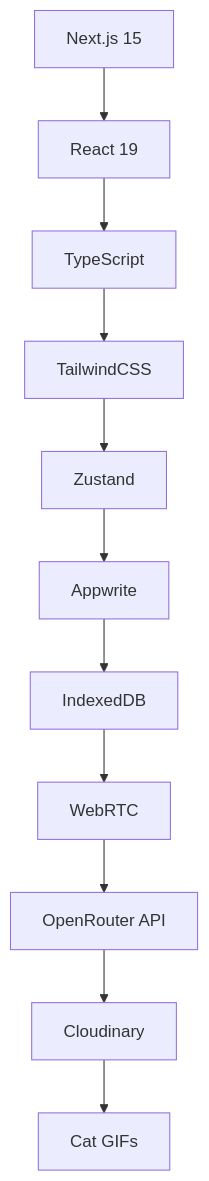
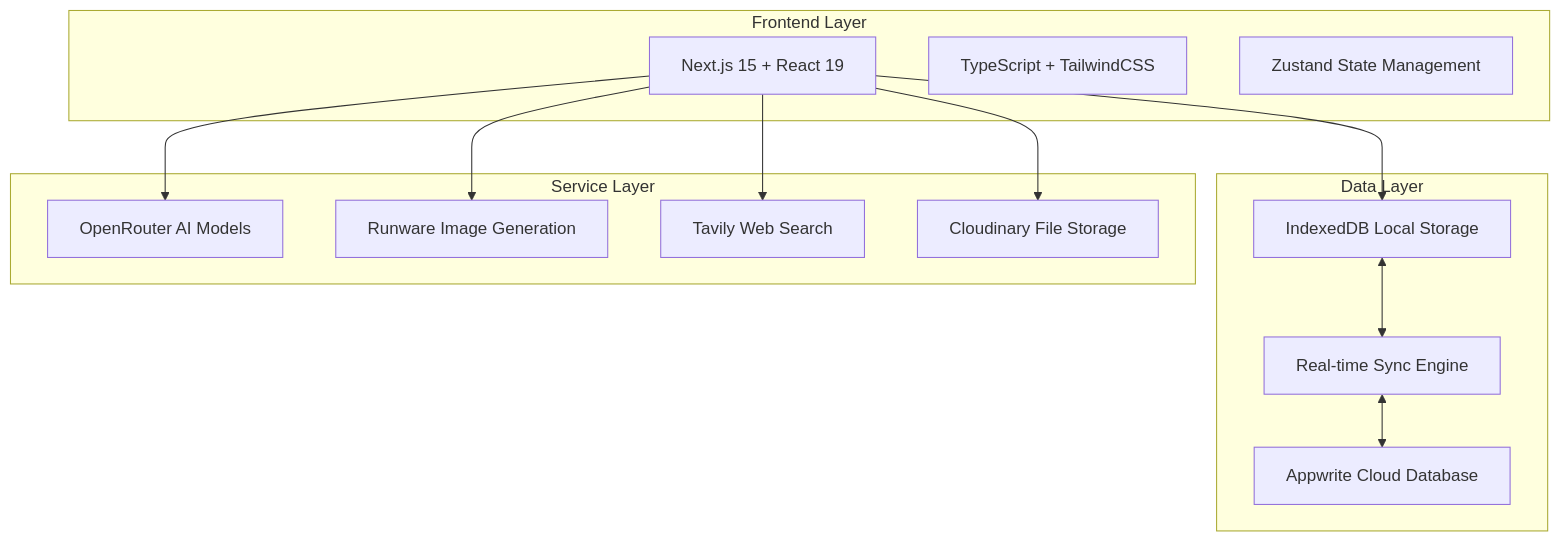
The second of 3 diagrams in README.md (CyberBoyAyush/CappyChat), drawn with Mermaid before and after one commit. The commit also changed other lines of this file, not shown here.

````diff
--- a/README.md
+++ b/README.md
@@ -957,13 +267,29 @@
 ```mermaid
-graph TD
-    A[Next.js 15] --> B[React 19]
-    B --> C[TypeScript]
-    C --> D[TailwindCSS]
-    D --> E[Zustand]
-    E --> F[Appwrite]
-    F --> G[IndexedDB]
-    G --> H[WebRTC]
-    H --> I[OpenRouter API]
-    I --> J[Cloudinary]
-    J --> K[Cat GIFs]
+graph TB
+    subgraph "Frontend Layer"
+        A[Next.js 15 + React 19]
+        B[TypeScript + TailwindCSS]
+        C[Zustand State Management]
+    end
+
+    subgraph "Data Layer"
+        D[IndexedDB Local Storage]
+        E[Appwrite Cloud Database]
+        F[Real-time Sync Engine]
+    end
+
+    subgraph "Service Layer"
+        G[OpenRouter AI Models]
+        H[Runware Image Generation]
+        I[Tavily Web Search]
+        J[Cloudinary File Storage]
+    end
+
+    A --> D
+    D <--> F
+    F <--> E
+    A --> G
+    A --> H
+    A --> I
+    A --> J
 ```
````
